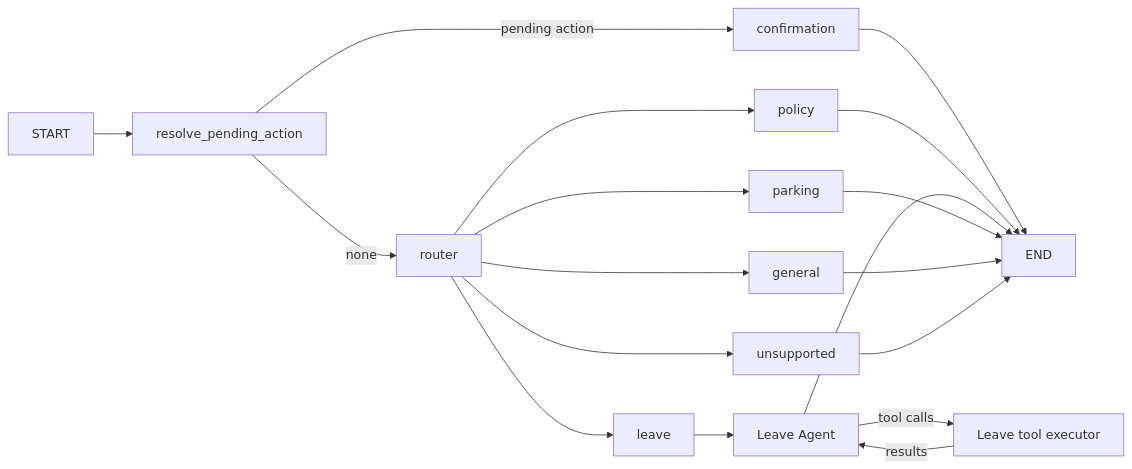
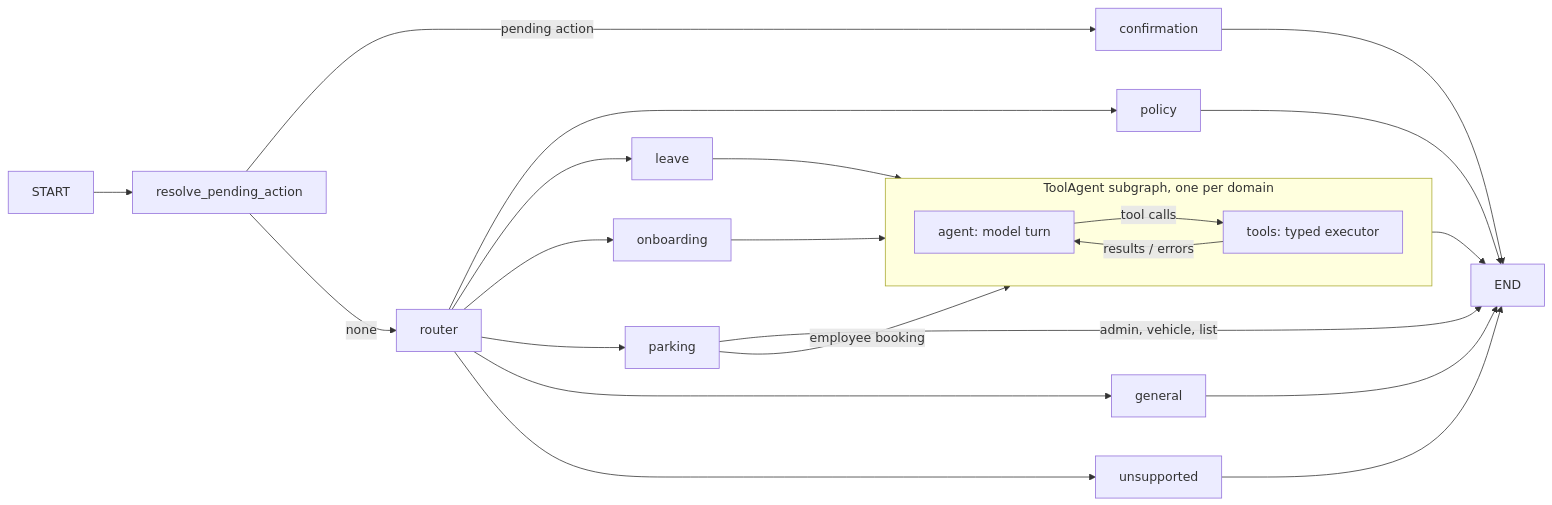
Before and after one commit to Hariharan27/Agentic-HR-Employee-Assistant: the third of 3 diagrams in ARCHITECTURE.md, drawn with Mermaid. The commit also changed other lines of this file and 3 other files, not shown here.

First line of the commit message:
Update README, architecture, demo script and eval docs to the current system

````diff
--- a/ARCHITECTURE.md
+++ b/ARCHITECTURE.md
@@ -151,20 +151,26 @@
 ```mermaid
 flowchart LR
     START --> RESOLVE[resolve_pending_action]
     RESOLVE -->|pending action| CONFIRM[confirmation]
     RESOLVE -->|none| ROUTER[router]
     ROUTER --> POLICY[policy]
     ROUTER --> LEAVE[leave]
+    ROUTER --> ONB[onboarding]
     ROUTER --> PARKING[parking]
     ROUTER --> GENERAL[general]
     ROUTER --> UNSUPPORTED[unsupported]
+    LEAVE --> AGENT
+    ONB --> AGENT
+    PARKING -->|employee booking| AGENT
+    subgraph AGENT[ToolAgent subgraph, one per domain]
+        direction LR
+        A[agent: model turn] -->|tool calls| T[tools: typed executor]
+        T -->|results / errors| A
+    end
+    AGENT --> END
+    PARKING -->|admin, vehicle, list| END
     CONFIRM --> END
     POLICY --> END
-    LEAVE --> LEAVE_AGENT[Leave Agent]
-    LEAVE_AGENT -->|tool calls| LEAVE_TOOLS[Leave tool executor]
-    LEAVE_TOOLS -->|results| LEAVE_AGENT
-    LEAVE_AGENT --> END
-    PARKING --> END
     GENERAL --> END
     UNSUPPORTED --> END
 ```
````
